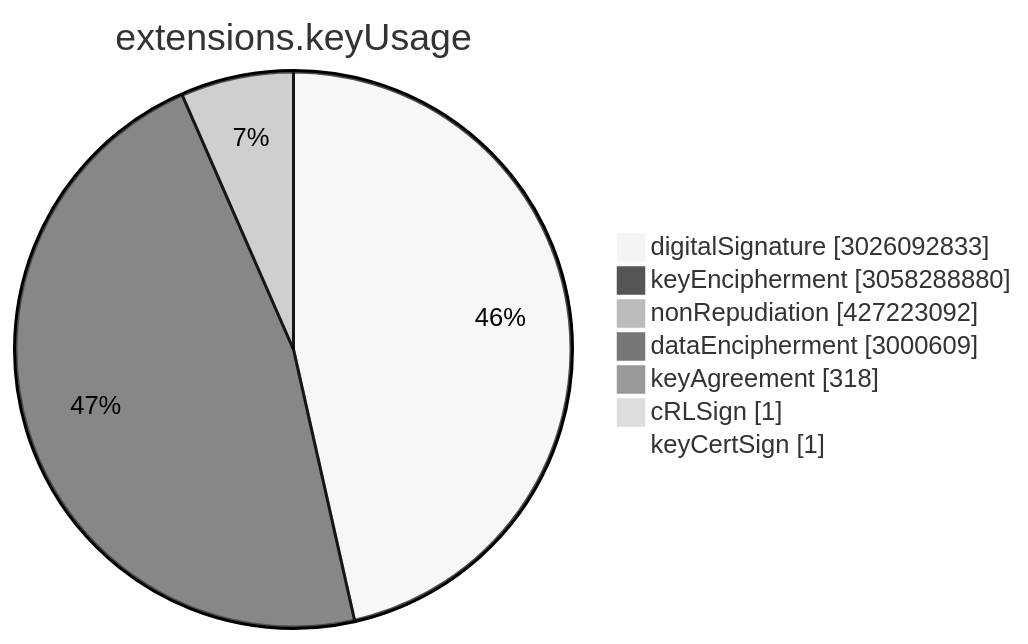
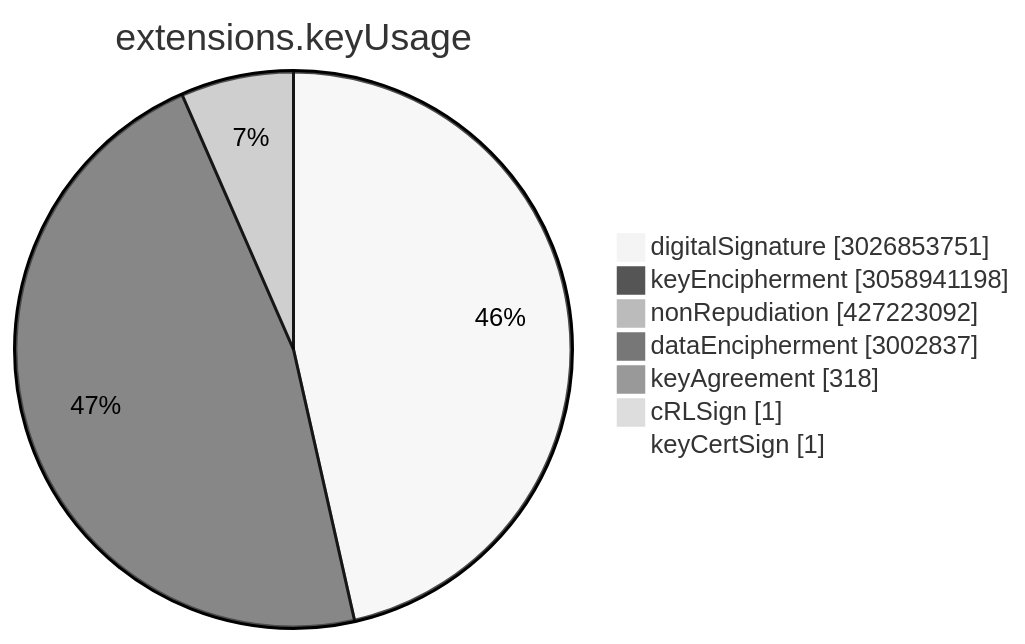
One commit to christiankrug/ctmonitor_visualization changed the sixth of 15 diagrams in TOTAL/README.md. Above: the diagram before and after it, drawn with Mermaid (neutral theme). The commit also changed other lines of this file, not shown here.

````diff
--- a/TOTAL/README.md
+++ b/TOTAL/README.md
@@ -3075,11 +3075,11 @@
 ```mermaid
 pie showData
 title extensions.keyUsage
-"digitalSignature" :3026092833
-"keyEncipherment" :3058288880
+"digitalSignature" :3026853751
+"keyEncipherment" :3058941198
 "nonRepudiation" :427223092
-"dataEncipherment" :3000609
+"dataEncipherment" :3002837
 "keyAgreement" :318
 "cRLSign" :1
 "keyCertSign" :1
 ```
````
